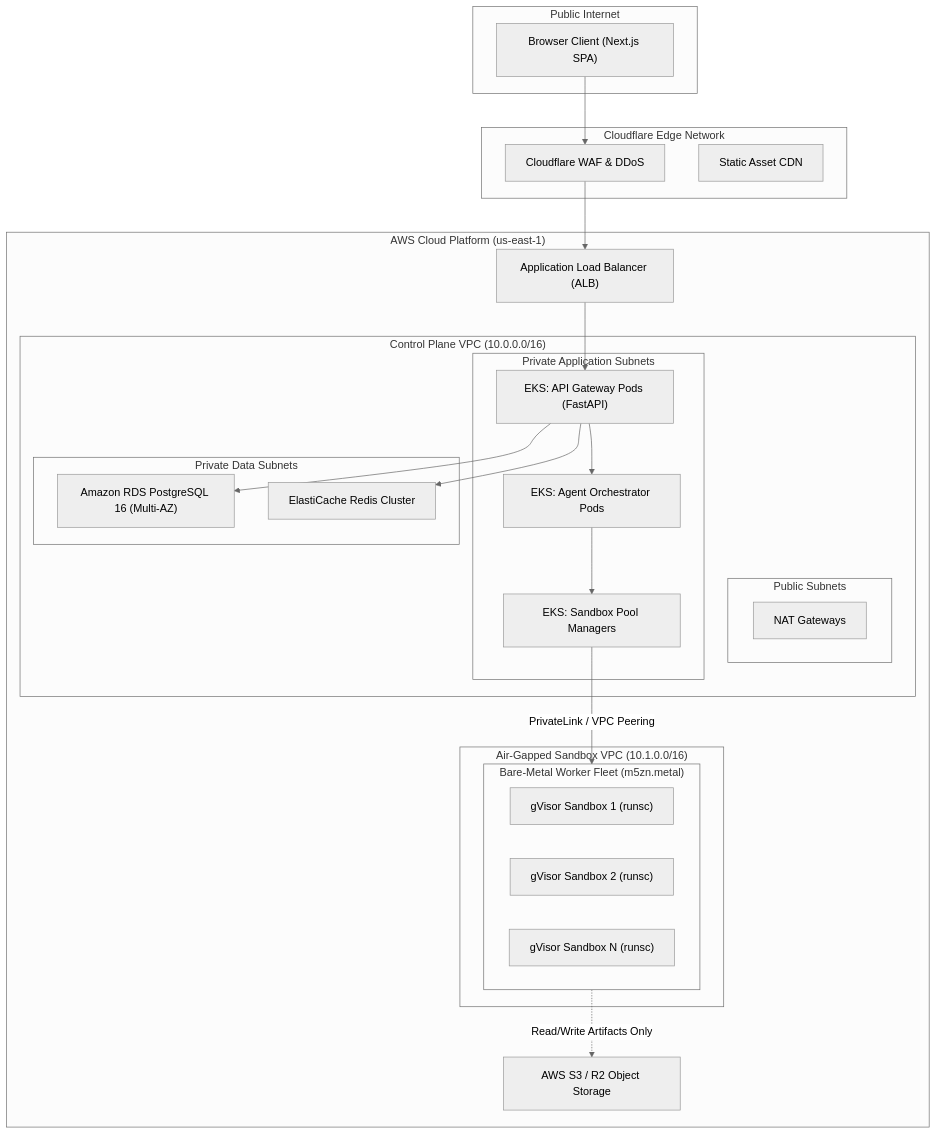
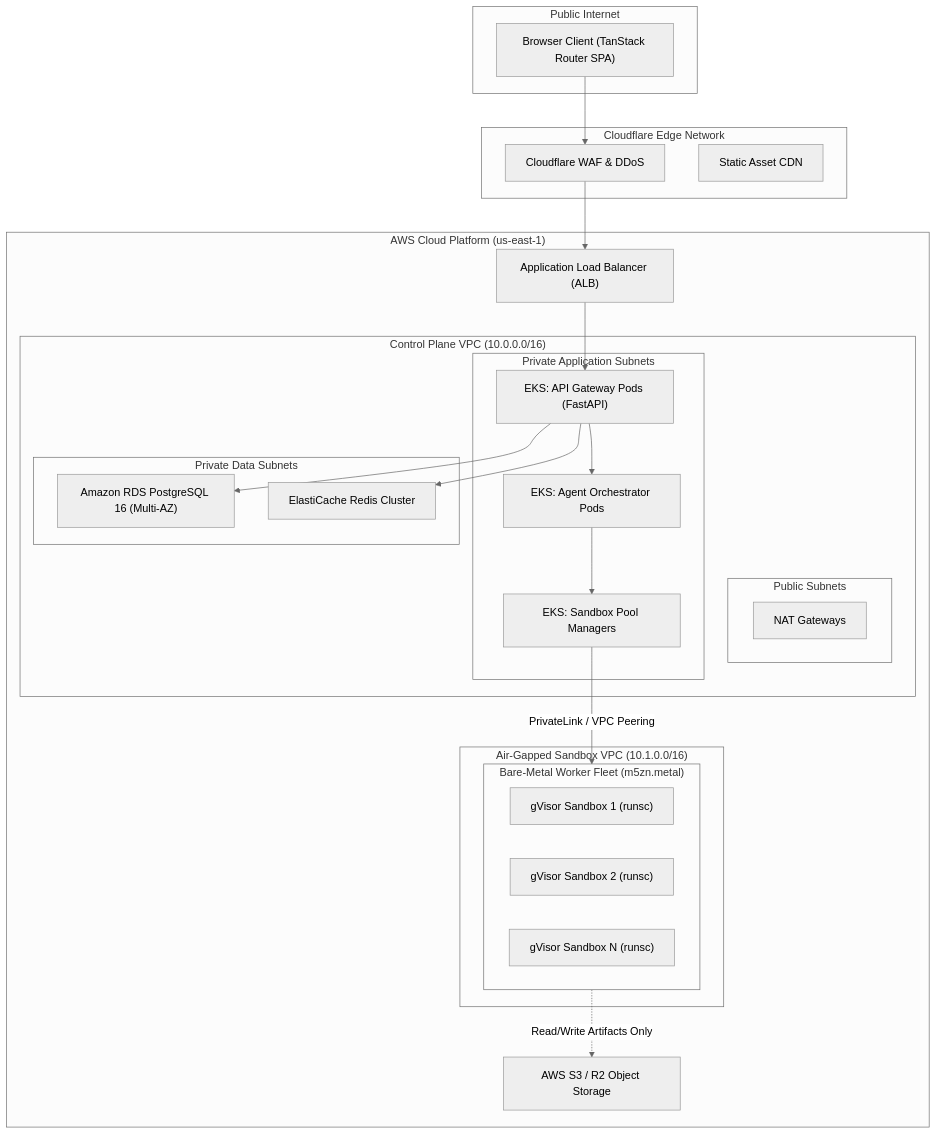
One commit to FRS2024/data_speaker changed the fifth of 8 diagrams in SYSTEM_ARCHITECTURE.md. Above: the diagram before and after it, drawn with Mermaid (neutral theme). The commit also changed other lines of this file and 93 other files, not shown here.

Commit message:
feat: migrate to TanStack SPA, integrate DuckDB engine, warehouse connectors & schema mapper

````diff
--- a/SYSTEM_ARCHITECTURE.md
+++ b/SYSTEM_ARCHITECTURE.md
@@ -203,52 +203,52 @@
 ```mermaid
 graph TB
     subgraph Internet ["Public Internet"]
-        Client["Browser Client (Next.js SPA)"]
+        Client["Browser Client (TanStack Router SPA)"]
     end
 
     subgraph Edge ["Cloudflare Edge Network"]
         WAF["Cloudflare WAF & DDoS"]
         CDN["Static Asset CDN"]
     end
 
     subgraph AWS ["AWS Cloud Platform (us-east-1)"]
         ALB["Application Load Balancer (ALB)"]
         
         subgraph Control_VPC ["Control Plane VPC (10.0.0.0/16)"]
             subgraph Public_Subnet ["Public Subnets"]
                 NAT["NAT Gateways"]
             end
             
             subgraph Private_App_Subnet ["Private Application Subnets"]
                 EKS_API["EKS: API Gateway Pods (FastAPI)"]
                 EKS_Orch["EKS: Agent Orchestrator Pods"]
                 EKS_Pool["EKS: Sandbox Pool Managers"]
             end
             
             subgraph Private_Data_Subnet ["Private Data Subnets"]
                 RDS["Amazon RDS PostgreSQL 16 (Multi-AZ)"]
                 ElastiCache["ElastiCache Redis Cluster"]
             end
         end
 
         subgraph Sandbox_VPC ["Air-Gapped Sandbox VPC (10.1.0.0/16)"]
             subgraph Bare_Metal_Nodes ["Bare-Metal Worker Fleet (m5zn.metal)"]
                 gVisor_1["gVisor Sandbox 1 (runsc)"]
                 gVisor_2["gVisor Sandbox 2 (runsc)"]
                 gVisor_N["gVisor Sandbox N (runsc)"]
             end
         end
 
         S3["AWS S3 / R2 Object Storage"]
     end
 
     Client --> WAF
     WAF --> ALB
     ALB --> EKS_API
     EKS_API --> EKS_Orch
     EKS_API --> RDS
     EKS_API --> ElastiCache
     EKS_Orch --> EKS_Pool
     EKS_Pool -->|PrivateLink / VPC Peering| Bare_Metal_Nodes
     Bare_Metal_Nodes -.->|Read/Write Artifacts Only| S3
 ```
````
